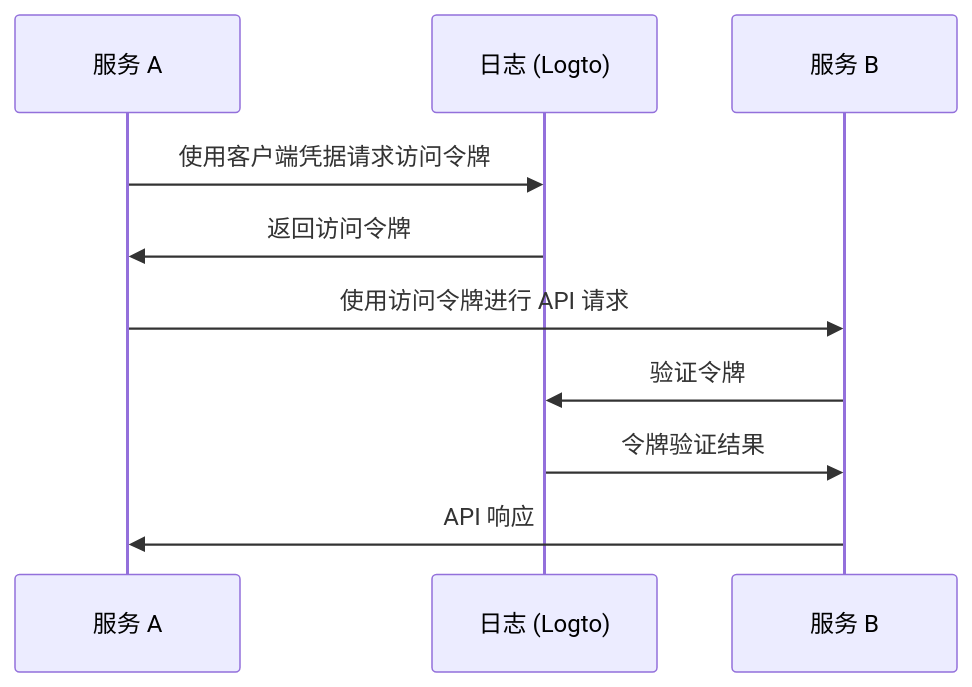
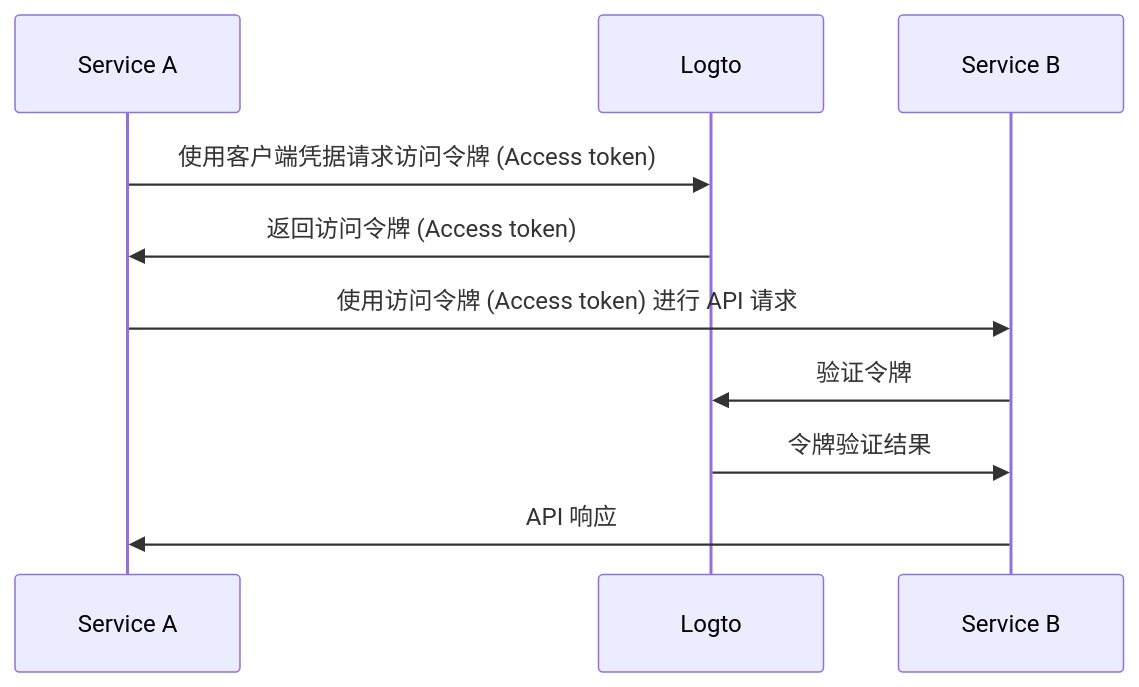
One commit to logto-io/docs changed the second of 2 diagrams in i18n/zh-CN/docusaurus-plugin-content-docs/current/integrate-logto/integrate-logto-into-your-application/understand-authentication-flow.mdx. Above: the diagram before and after it, drawn with Mermaid. The commit also changed other lines of this file and 428 other files, not shown here.

````diff
--- a/i18n/zh-CN/docusaurus-plugin-content-docs/current/integrate-logto/integrate-logto-into-your-application/understand-authentication-flow.mdx
+++ b/i18n/zh-CN/docusaurus-plugin-content-docs/current/integrate-logto/integrate-logto-into-your-application/understand-authentication-flow.mdx
@@ -37,13 +37,13 @@
 ```mermaid
 sequenceDiagram
-    participant 服务 A
-    participant 日志 (Logto)
-    participant 服务 B
+    participant Service A
+    participant Logto
+    participant Service B
 
-    服务 A->>日志 (Logto): 使用客户端凭据请求访问令牌
-    日志 (Logto)->>服务 A: 返回访问令牌
-    服务 A->>服务 B: 使用访问令牌进行 API 请求
-    服务 B->>日志 (Logto): 验证令牌
-    日志 (Logto)->>服务 B: 令牌验证结果
-    服务 B->>服务 A: API 响应
+    Service A->>Logto: 使用客户端凭据请求访问令牌 (Access token)
+    Logto->>Service A: 返回访问令牌 (Access token)
+    Service A->>Service B: 使用访问令牌 (Access token) 进行 API 请求
+    Service B->>Logto: 验证令牌
+    Logto->>Service B: 令牌验证结果
+    Service B->>Service A: API 响应
 ```
````
